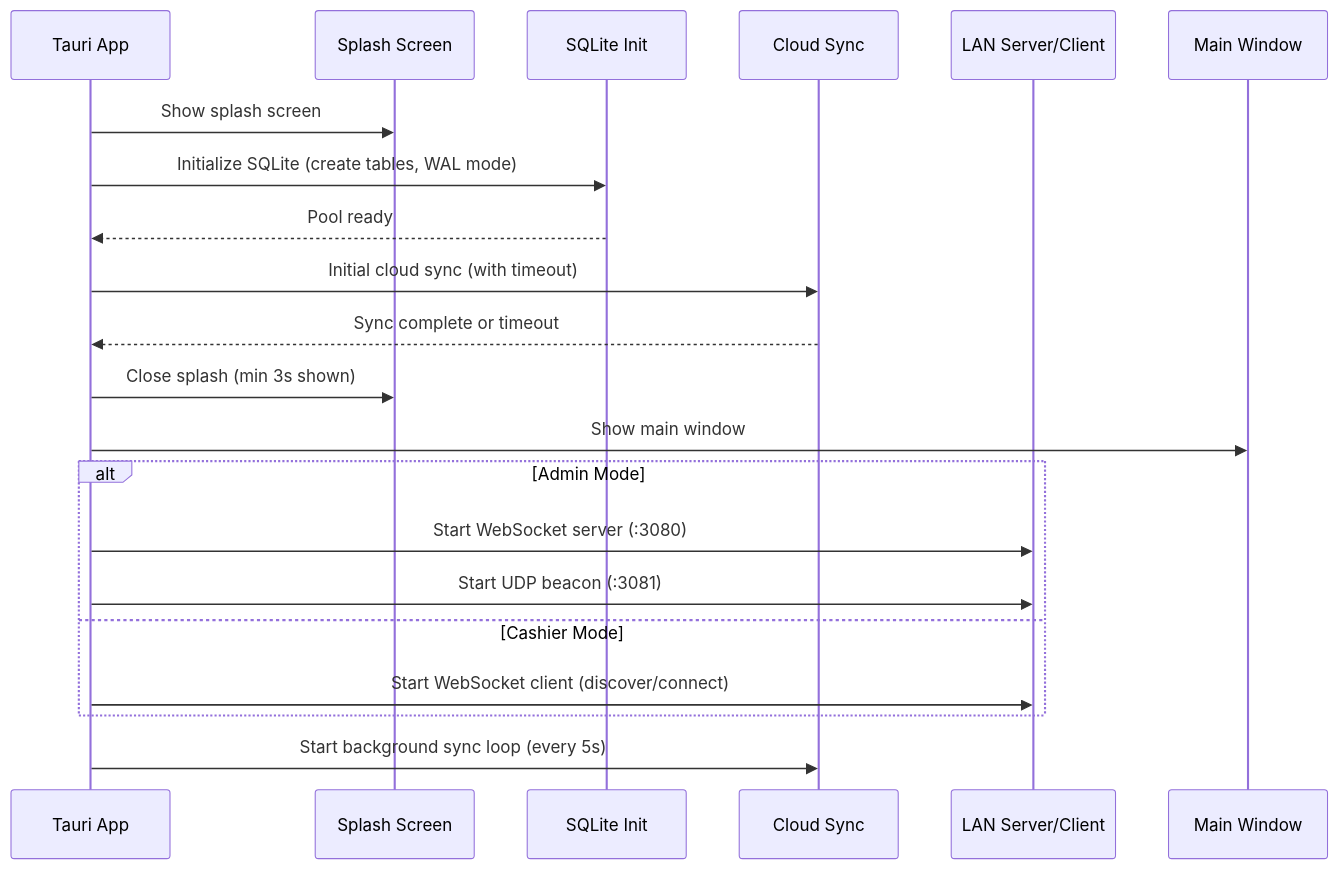
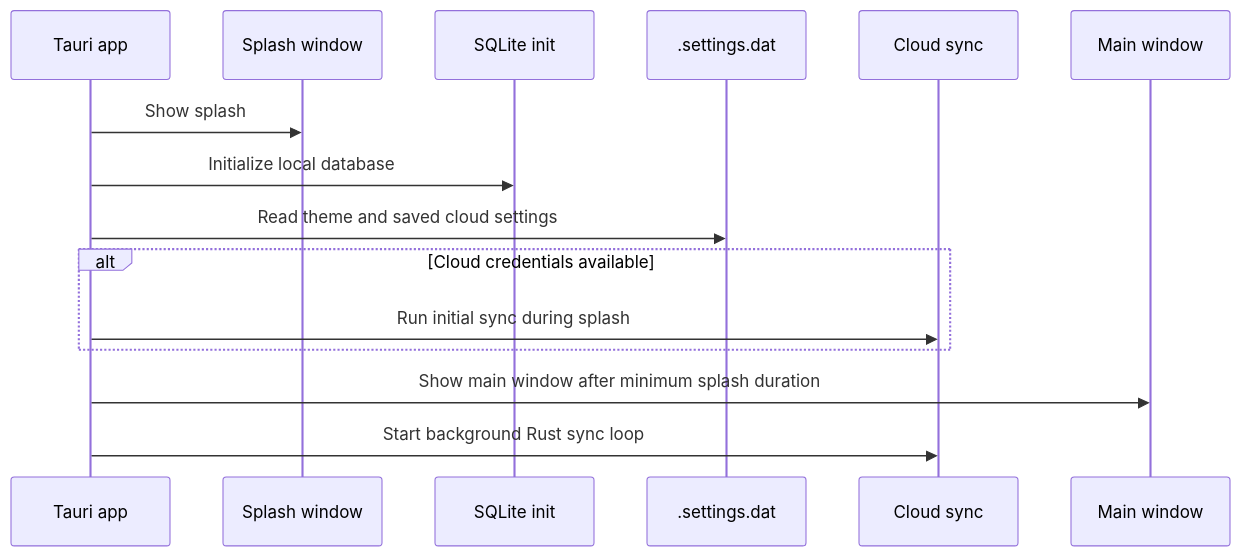
One commit to BootlegYouki/at-iba-pa-pos changed the fourth of 4 diagrams in docs/02-architecture.md. Above: the diagram before and after it, drawn with Mermaid. The commit also changed other lines of this file and 10 other files, not shown here.

First line of the commit message:
Refactor user guide and database schema documentation; enhance export reports feature

````diff
--- a/docs/02-architecture.md
+++ b/docs/02-architecture.md
@@ -172,26 +153,18 @@
 ```mermaid
 sequenceDiagram
-    participant App as Tauri App
-    participant Splash as Splash Screen
-    participant DB as SQLite Init
-    participant Sync as Cloud Sync
-    participant LAN as LAN Server/Client
-    participant Main as Main Window
+    participant App as Tauri app
+    participant Splash as Splash window
+    participant DB as SQLite init
+    participant Store as .settings.dat
+    participant Sync as Cloud sync
+    participant Main as Main window
 
-    App->>Splash: Show splash screen
-    App->>DB: Initialize SQLite (create tables, WAL mode)
-    DB-->>App: Pool ready
-    App->>Sync: Initial cloud sync (with timeout)
-    Sync-->>App: Sync complete or timeout
-    App->>Splash: Close splash (min 3s shown)
-    App->>Main: Show main window
-    
-    alt Admin Mode
-        App->>LAN: Start WebSocket server (:3080)
-        App->>LAN: Start UDP beacon (:3081)
-    else Cashier Mode
-        App->>LAN: Start WebSocket client (discover/connect)
+    App->>Splash: Show splash
+    App->>DB: Initialize local database
+    App->>Store: Read theme and saved cloud settings
+    alt Cloud credentials available
+        App->>Sync: Run initial sync during splash
     end
-    
-    App->>Sync: Start background sync loop (every 5s)
+    App->>Main: Show main window after minimum splash duration
+    App->>Sync: Start background Rust sync loop
 ```
````
